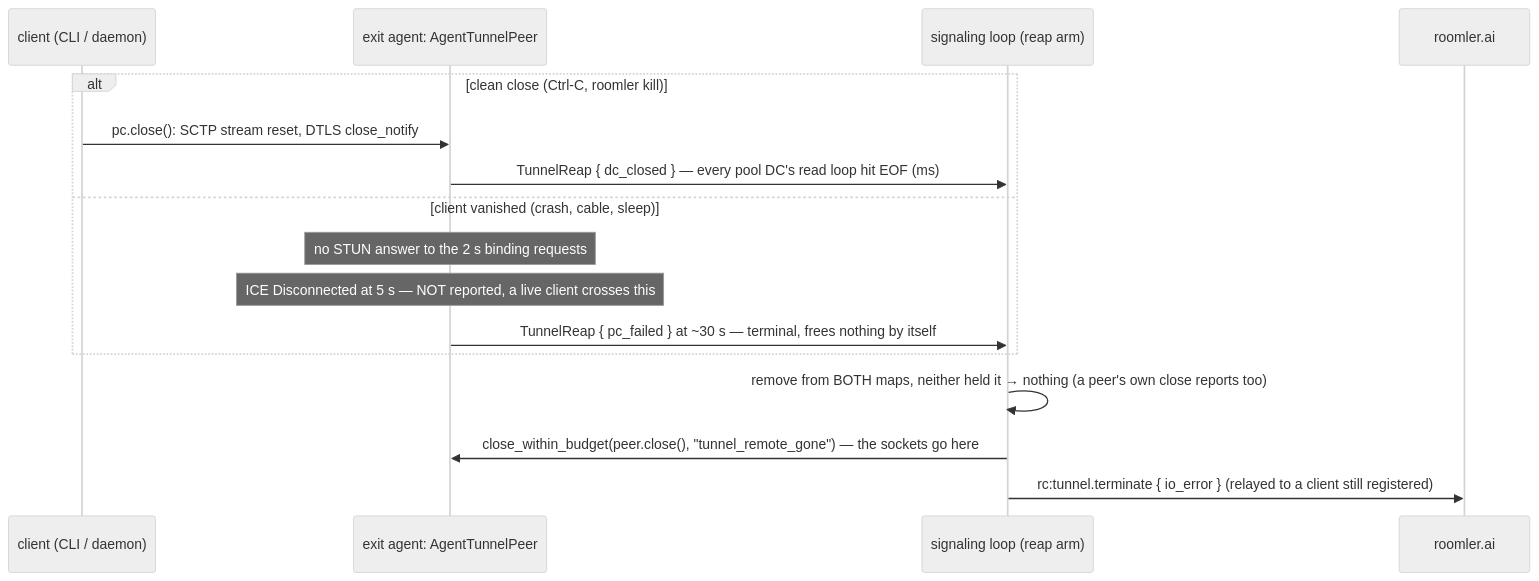
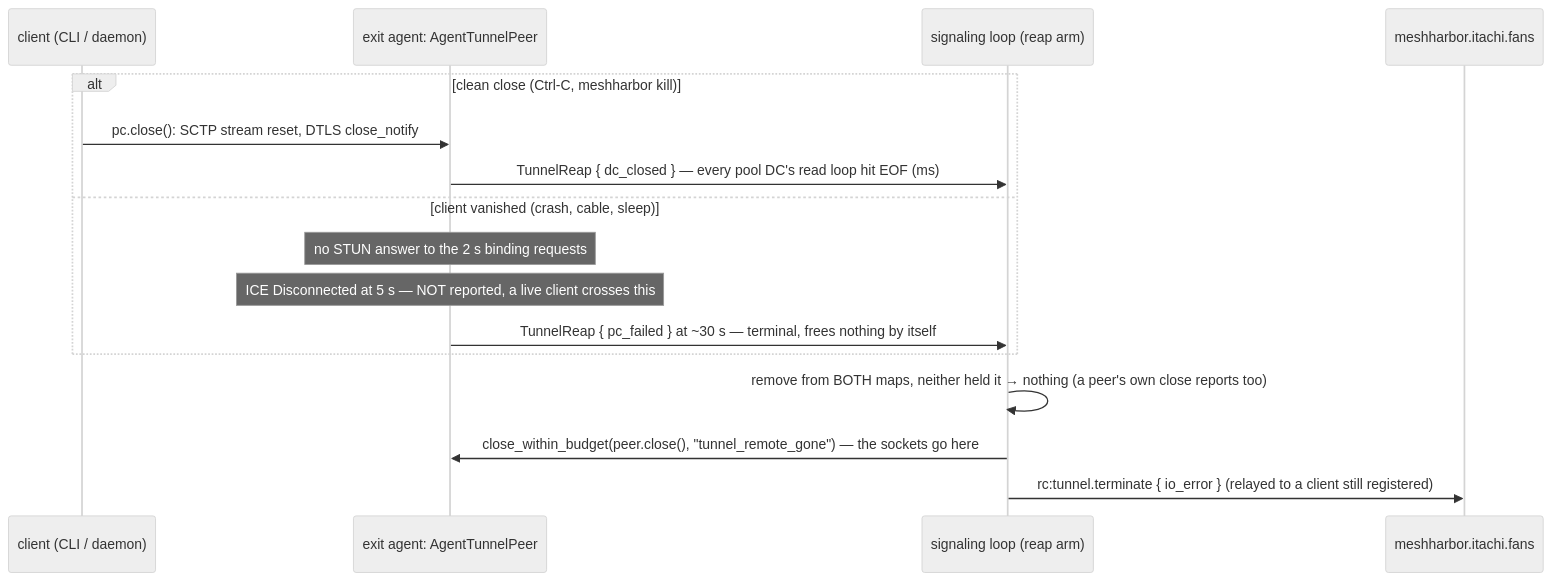
Before and after one commit to jk-zhang-meta/MeshHarbor: the seventh of 14 diagrams in docs/tunnels.md, drawn with Mermaid (neutral theme). The commit also changed other lines of this file and 682 other files, not shown here.

````diff
--- a/docs/tunnels.md
+++ b/docs/tunnels.md
@@ -399,19 +399,19 @@
 ```mermaid
 sequenceDiagram
     participant C as client (CLI / daemon)
     participant A as exit agent: AgentTunnelPeer
     participant L as signaling loop (reap arm)
-    participant S as roomler.ai
+    participant S as meshharbor.itachi.fans
 
-    alt clean close (Ctrl-C, roomler kill)
+    alt clean close (Ctrl-C, meshharbor kill)
         C->>A: pc.close(): SCTP stream reset, DTLS close_notify
         A->>L: TunnelReap { dc_closed } — every pool DC's read loop hit EOF (ms)
     else client vanished (crash, cable, sleep)
         Note over A: no STUN answer to the 2 s binding requests
         Note over A: ICE Disconnected at 5 s — NOT reported, a live client crosses this
         A->>L: TunnelReap { pc_failed } at ~30 s — terminal, frees nothing by itself
     end
     L->>L: remove from BOTH maps, neither held it → nothing (a peer's own close reports too)
     L->>A: close_within_budget(peer.close(), "tunnel_remote_gone") — the sockets go here
     L->>S: rc:tunnel.terminate { io_error } (relayed to a client still registered)
 ```
````
